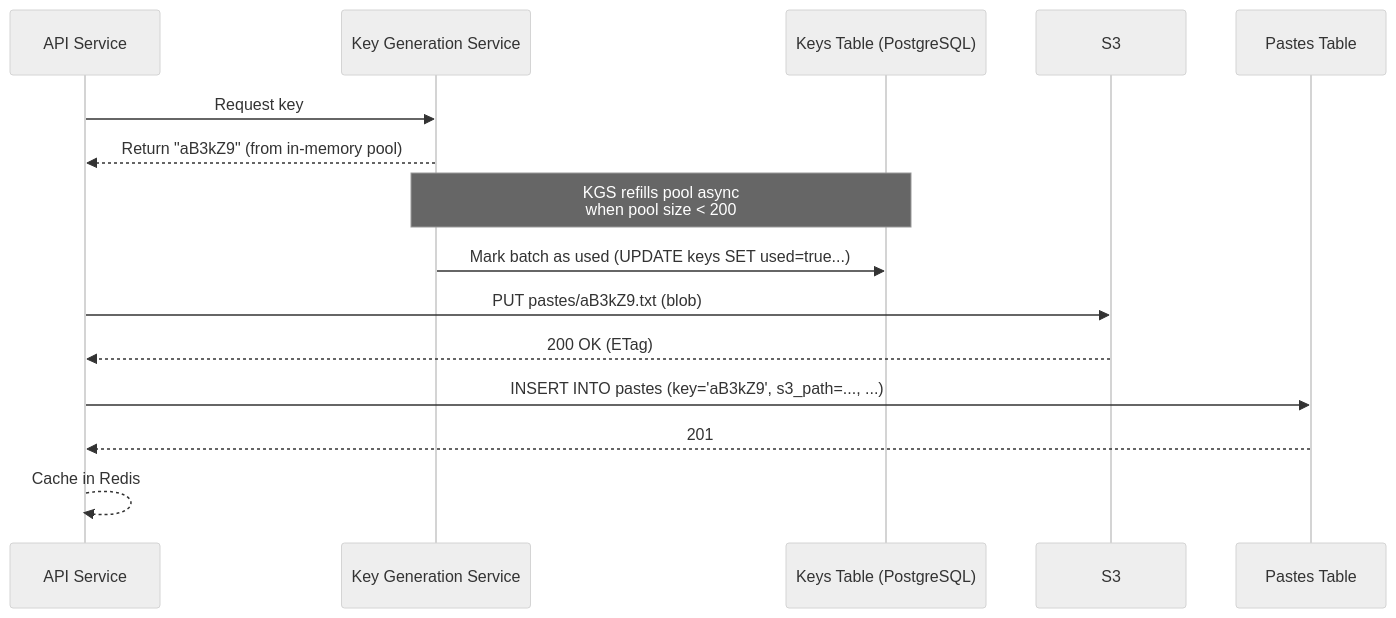
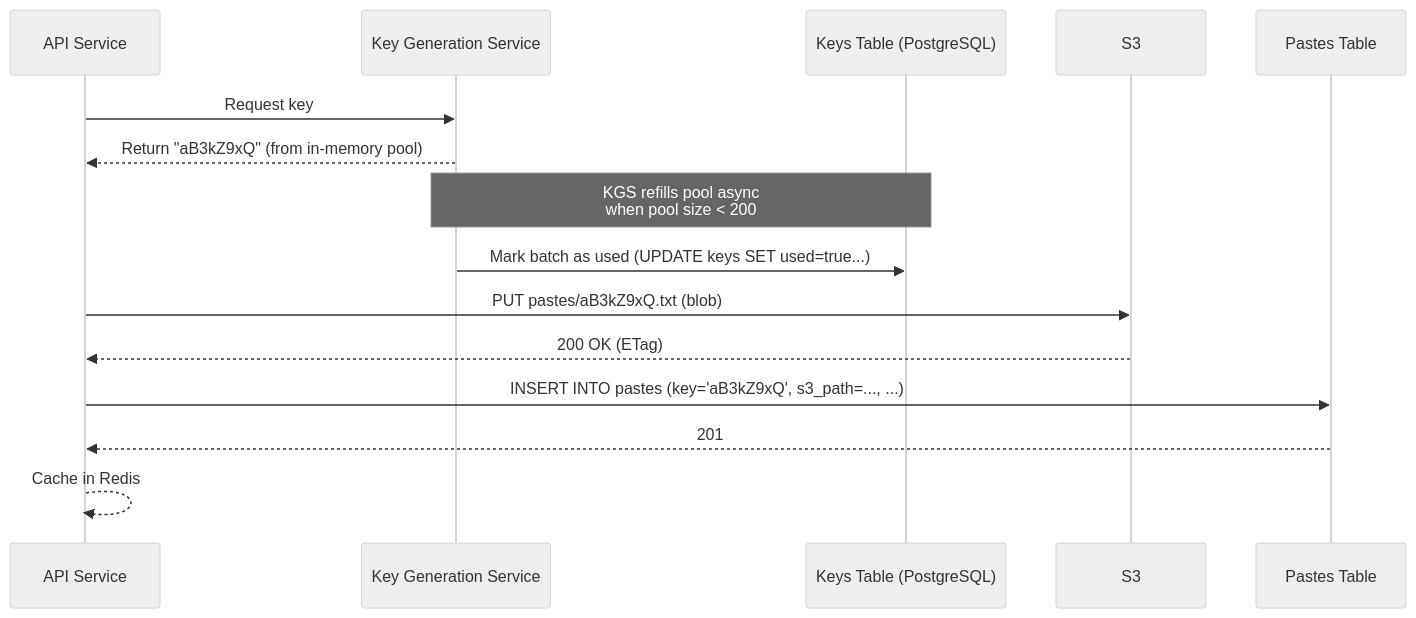
One commit to Ankan1998/learn-system-design changed the second of 3 diagrams in Bonus-Real-World-Architectures/02-Pastebin/README.md. Above: the diagram before and after it, drawn with Mermaid (neutral theme). The commit also changed other lines of this file and 139 other files, not shown here.

````diff
--- a/Bonus-Real-World-Architectures/02-Pastebin/README.md
+++ b/Bonus-Real-World-Architectures/02-Pastebin/README.md
@@ -322,20 +324,20 @@
 ```mermaid
 sequenceDiagram
     participant API as API Service
     participant KGS as Key Generation Service
     participant KDB as Keys Table (PostgreSQL)
     participant S3 as S3
     participant DB as Pastes Table
 
     API->>KGS: Request key
-    KGS-->>API: Return "aB3kZ9" (from in-memory pool)
+    KGS-->>API: Return "aB3kZ9xQ" (from in-memory pool)
 
     Note over KGS,KDB: KGS refills pool async<br/>when pool size < 200
     KGS->>KDB: Mark batch as used (UPDATE keys SET used=true...)
 
-    API->>S3: PUT pastes/aB3kZ9.txt (blob)
+    API->>S3: PUT pastes/aB3kZ9xQ.txt (blob)
     S3-->>API: 200 OK (ETag)
-    API->>DB: INSERT INTO pastes (key='aB3kZ9', s3_path=..., ...)
+    API->>DB: INSERT INTO pastes (key='aB3kZ9xQ', s3_path=..., ...)
     DB-->>API: 201
     API-->>API: Cache in Redis
 ```
````
